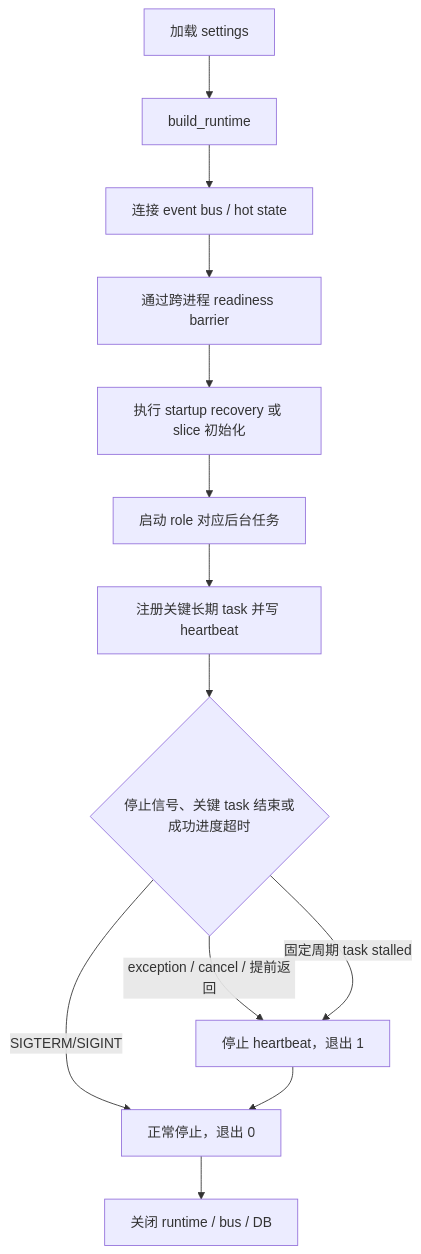
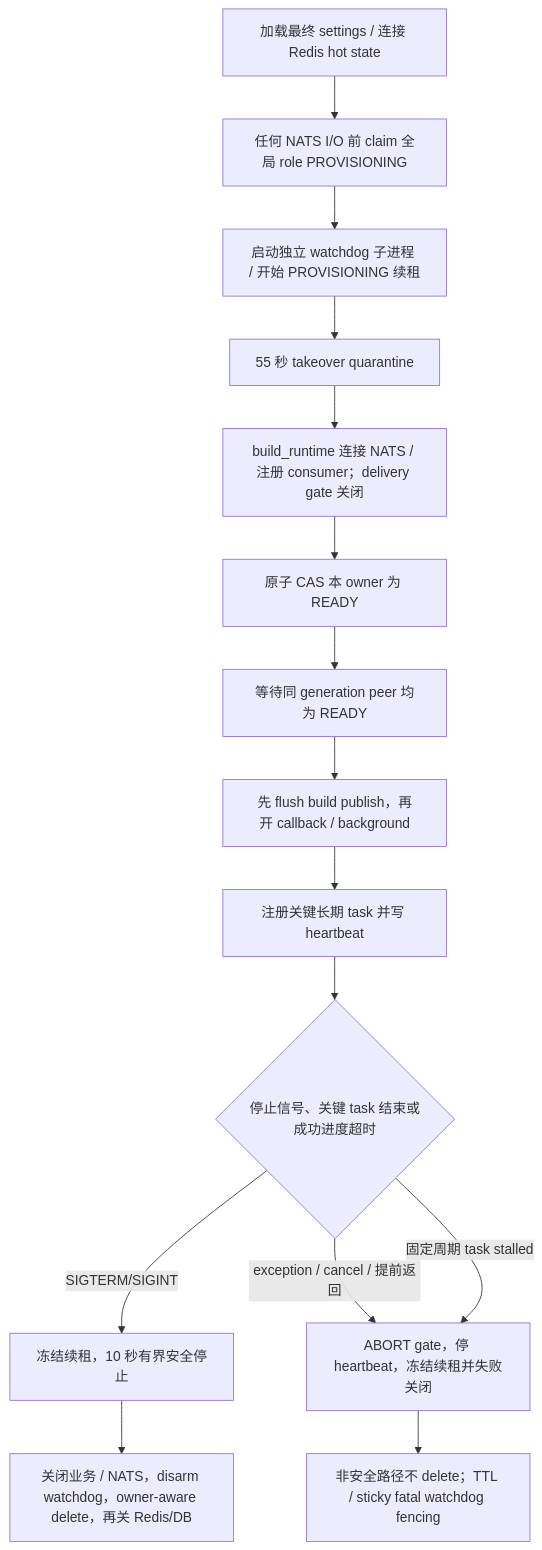
One commit to XianbinTang-Arthur/AI-participating-autonomous-trading-system changed the first of 5 diagrams in docs/code_review/README.md. Above: the diagram before and after it, drawn with Mermaid. The commit also changed other lines of this file and 54 other files, not shown here.

Commit message:
fix: harden runtime readiness and deployment cutover

````diff
--- a/docs/code_review/README.md
+++ b/docs/code_review/README.md
@@ -224,15 +224,17 @@
 ```mermaid
 flowchart TD
-    A[加载 settings] --> B[build_runtime]
-    B --> C[连接 event bus / hot state]
-    C --> D[通过跨进程 readiness barrier]
-    D --> E[执行 startup recovery 或 slice 初始化]
-    E --> F[启动 role 对应后台任务]
-    F --> G[注册关键长期 task 并写 heartbeat]
-    G --> H{停止信号、关键 task 结束或成功进度超时}
-    H -->|SIGTERM/SIGINT| I[正常停止，退出 0]
-    H -->|exception / cancel / 提前返回| K[停止 heartbeat，退出 1]
-    H -->|固定周期 task stalled| K
-    K --> I
-    I --> J[关闭 runtime / bus / DB]
+    A[加载最终 settings / 连接 Redis hot state] --> B[任何 NATS I/O 前 claim 全局 role PROVISIONING]
+    B --> C[启动独立 watchdog 子进程 / 开始 PROVISIONING 续租]
+    C --> D[55 秒 takeover quarantine]
+    D --> E[build_runtime 连接 NATS / 注册 consumer；delivery gate 关闭]
+    E --> F[原子 CAS 本 owner 为 READY]
+    F --> G[等待同 generation peer 均为 READY]
+    G --> H[先 flush build publish，再开 callback / background]
+    H --> I[注册关键长期 task 并写 heartbeat]
+    I --> J{停止信号、关键 task 结束或成功进度超时}
+    J -->|SIGTERM/SIGINT| K[冻结续租，10 秒有界安全停止]
+    J -->|exception / cancel / 提前返回| L[ABORT gate，停 heartbeat，冻结续租并失败关闭]
+    J -->|固定周期 task stalled| L
+    K --> M[关闭业务 / NATS，disarm watchdog，owner-aware delete，再关 Redis/DB]
+    L --> N[非安全路径不 delete；TTL / sticky fatal watchdog fencing]
 ```
````
